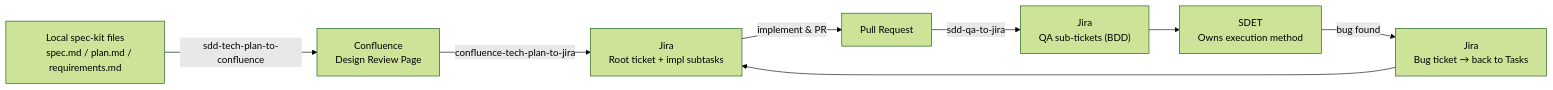
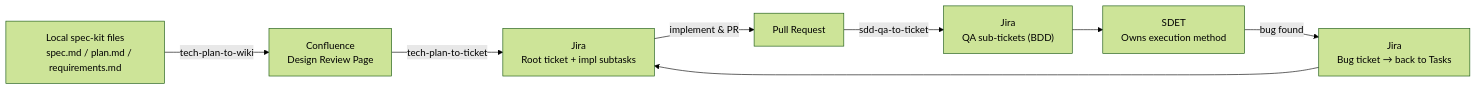
The third of 3 diagrams in docs/sdd-quick-reference.md (jamesyang124/agent-skills), drawn with Mermaid (forest theme) before and after one commit. The commit also changed other lines of this file and 10 other files, not shown here.

````diff
--- a/docs/sdd-quick-reference.md
+++ b/docs/sdd-quick-reference.md
@@ -106,30 +106,30 @@
 ```mermaid
 graph LR
     LocalFiles["Local spec-kit files
     spec.md / plan.md / requirements.md"]
 
     Confluence["Confluence
     Design Review Page"]
 
     Jira["Jira
     Root ticket + impl subtasks"]
 
     PR["Pull Request"]
 
     JiraQA["Jira
     QA sub-tickets (BDD)"]
 
     SDET["SDET
     Owns execution method"]
 
     JiraBug["Jira
     Bug ticket → back to Tasks"]
 
-    LocalFiles -->|"sdd-tech-plan-to-confluence"| Confluence
-    Confluence -->|"confluence-tech-plan-to-jira"| Jira
+    LocalFiles -->|"tech-plan-to-wiki"| Confluence
+    Confluence -->|"tech-plan-to-ticket"| Jira
     Jira -->|"implement & PR"| PR
-    PR -->|"sdd-qa-to-jira"| JiraQA
+    PR -->|"sdd-qa-to-ticket"| JiraQA
     JiraQA --> SDET
     SDET -->|"bug found"| JiraBug
     JiraBug --> Jira
 ```
````
